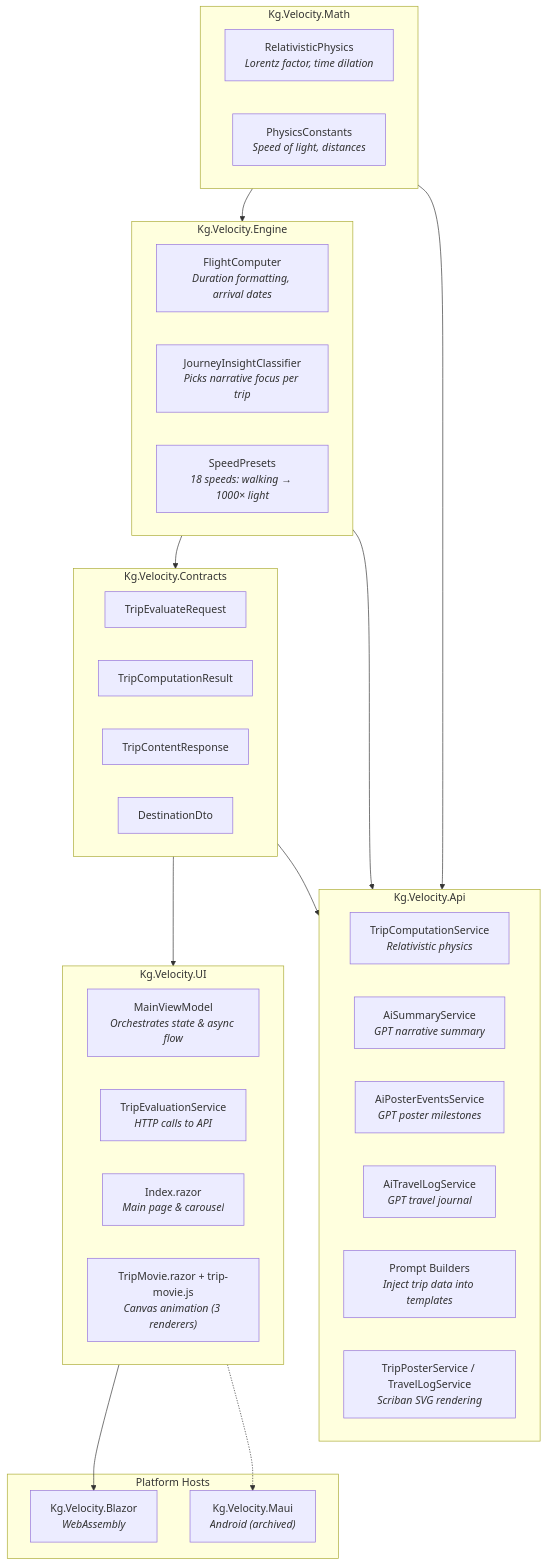
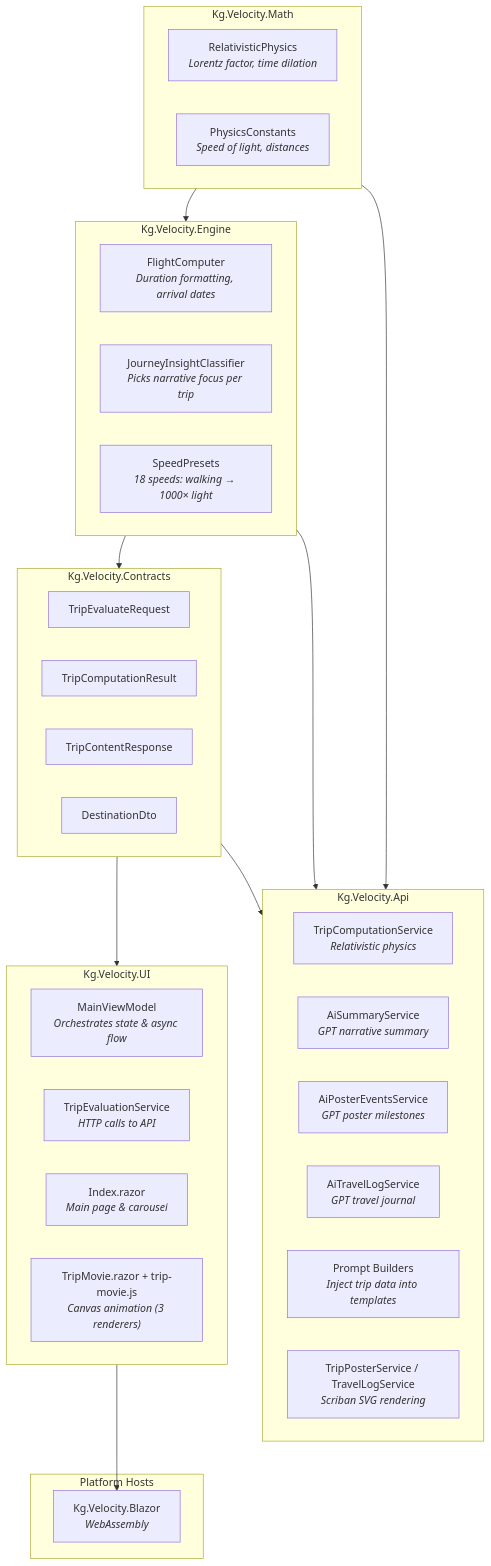
Before and after one commit to kengorman/kg-velocity-public: the first of 2 diagrams in docs/architecture-diagrams.md, drawn with Mermaid. The commit also changed 40 other files, not shown here.

````diff
--- a/docs/architecture-diagrams.md
+++ b/docs/architecture-diagrams.md
@@ -5,50 +5,48 @@
 ```mermaid
 graph TB
     subgraph Math["Kg.Velocity.Math"]
         RelativisticPhysics["RelativisticPhysics<br/><i>Lorentz factor, time dilation</i>"]
         PhysicsConstants["PhysicsConstants<br/><i>Speed of light, distances</i>"]
     end
 
     subgraph Engine["Kg.Velocity.Engine"]
         FlightComputer["FlightComputer<br/><i>Duration formatting, arrival dates</i>"]
         InsightClassifier["JourneyInsightClassifier<br/><i>Picks narrative focus per trip</i>"]
         SpeedPresets["SpeedPresets<br/><i>18 speeds: walking → 1000× light</i>"]
     end
 
     subgraph Contracts["Kg.Velocity.Contracts"]
         TripRequest["TripEvaluateRequest"]
         TripResult["TripComputationResult"]
         TripContent["TripContentResponse"]
         DestinationDto["DestinationDto"]
     end
 
     subgraph UI["Kg.Velocity.UI"]
         MainViewModel["MainViewModel<br/><i>Orchestrates state & async flow</i>"]
         TripEvalService["TripEvaluationService<br/><i>HTTP calls to API</i>"]
         IndexRazor["Index.razor<br/><i>Main page & carousel</i>"]
         TripMovie["TripMovie.razor + trip-movie.js<br/><i>Canvas animation (3 renderers)</i>"]
     end
 
     subgraph Api["Kg.Velocity.Api"]
         ComputeService["TripComputationService<br/><i>Relativistic physics</i>"]
         AiSummary["AiSummaryService<br/><i>GPT narrative summary</i>"]
         AiPoster["AiPosterEventsService<br/><i>GPT poster milestones</i>"]
         AiTravelLog["AiTravelLogService<br/><i>GPT travel journal</i>"]
         PromptBuilders["Prompt Builders<br/><i>Inject trip data into templates</i>"]
         SvgRenderers["TripPosterService / TravelLogService<br/><i>Scriban SVG rendering</i>"]
     end
 
     subgraph Hosts["Platform Hosts"]
         Blazor["Kg.Velocity.Blazor<br/><i>WebAssembly</i>"]
-        Maui["Kg.Velocity.Maui<br/><i>Android (archived)</i>"]
     end
 
     Math --> Engine
     Engine --> Contracts
     Contracts --> UI
     Contracts --> Api
     UI --> Blazor
-    UI -.-> Maui
     Engine --> Api
     Math --> Api
 ```
````
